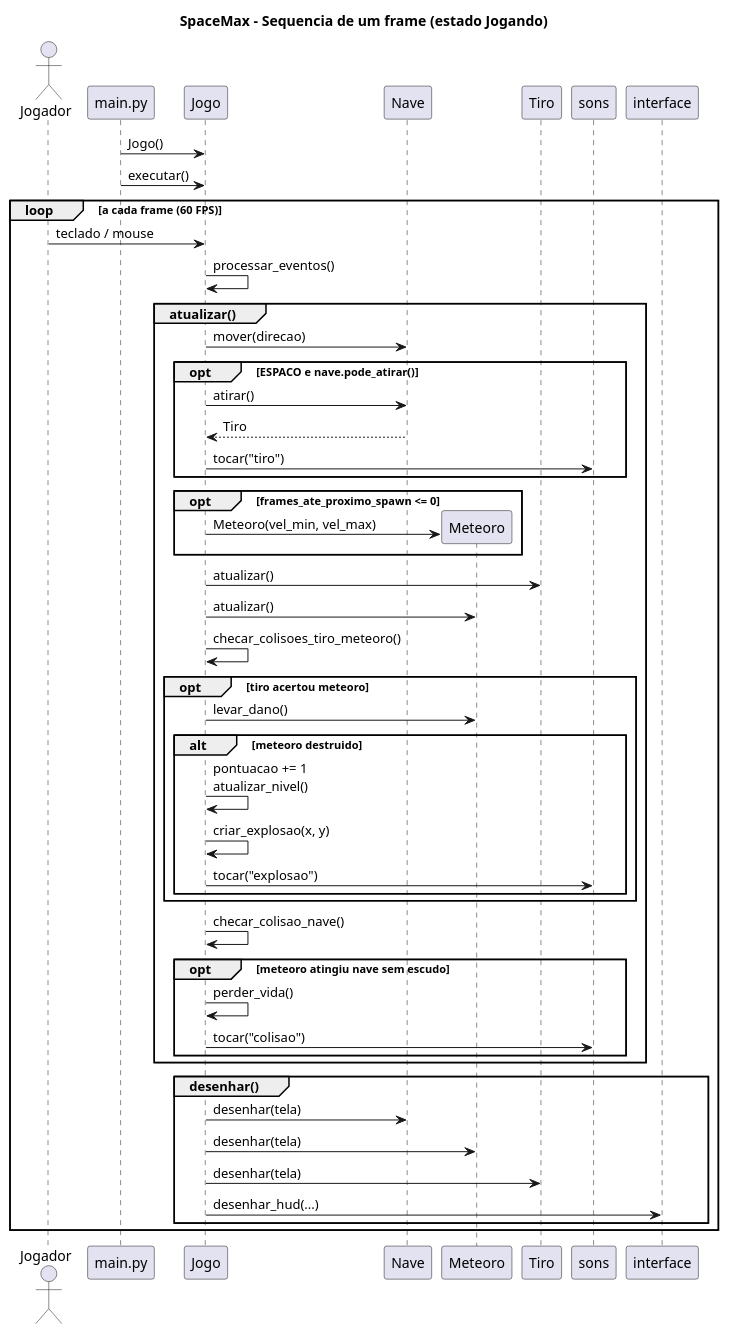
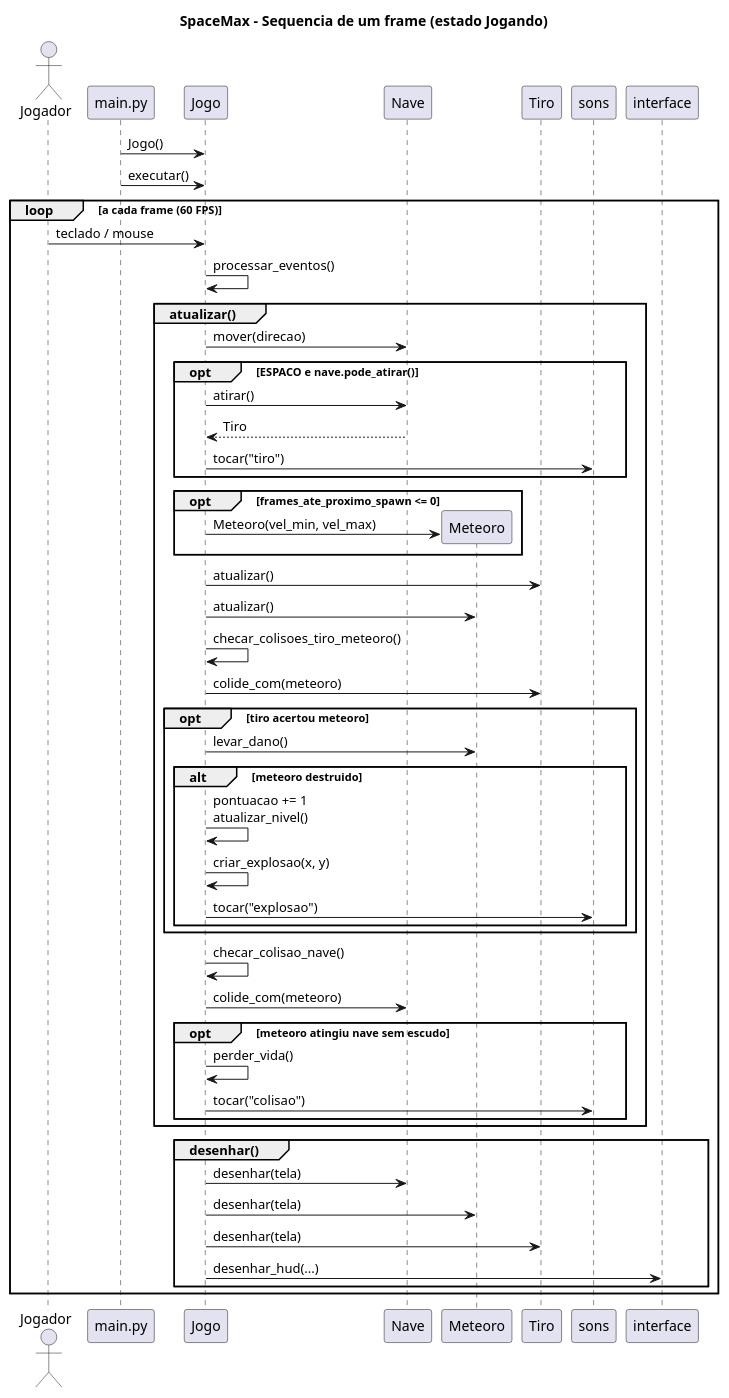
The diagram in docs/uml/sequencia_frame.puml (viniciussantos184/SpaceMax), drawn with PlantUML before and after one commit. The commit also changed 4 other files, not shown here.

```diff
--- a/docs/uml/sequencia_frame.puml
+++ b/docs/uml/sequencia_frame.puml
@@ -1,58 +1,60 @@
 @startuml sequencia_frame
 title SpaceMax - Sequencia de um frame (estado Jogando)
 
 actor Jogador
 participant "main.py" as Main
 participant Jogo
 participant Nave
 participant Meteoro
 participant Tiro
 participant "sons" as Sons
 participant "interface" as UI
 
 Main -> Jogo : Jogo()
 Main -> Jogo : executar()
 
 loop a cada frame (60 FPS)
   Jogador -> Jogo : teclado / mouse
   Jogo -> Jogo : processar_eventos()
 
   group atualizar()
     Jogo -> Nave : mover(direcao)
     opt ESPACO e nave.pode_atirar()
       Jogo -> Nave : atirar()
       Nave --> Jogo : Tiro
       Jogo -> Sons : tocar("tiro")
     end
     opt frames_ate_proximo_spawn <= 0
       Jogo -> Meteoro ** : Meteoro(vel_min, vel_max)
     end
     Jogo -> Tiro : atualizar()
     Jogo -> Meteoro : atualizar()
 
     Jogo -> Jogo : checar_colisoes_tiro_meteoro()
+    Jogo -> Tiro : colide_com(meteoro)
     opt tiro acertou meteoro
       Jogo -> Meteoro : levar_dano()
       alt meteoro destruido
         Jogo -> Jogo : pontuacao += 1\natualizar_nivel()
         Jogo -> Jogo : criar_explosao(x, y)
         Jogo -> Sons : tocar("explosao")
       end
     end
 
     Jogo -> Jogo : checar_colisao_nave()
+    Jogo -> Nave : colide_com(meteoro)
     opt meteoro atingiu nave sem escudo
       Jogo -> Jogo : perder_vida()
       Jogo -> Sons : tocar("colisao")
     end
   end
 
   group desenhar()
     Jogo -> Nave : desenhar(tela)
     Jogo -> Meteoro : desenhar(tela)
     Jogo -> Tiro : desenhar(tela)
     Jogo -> UI : desenhar_hud(...)
   end
 end
 
 @enduml
```
